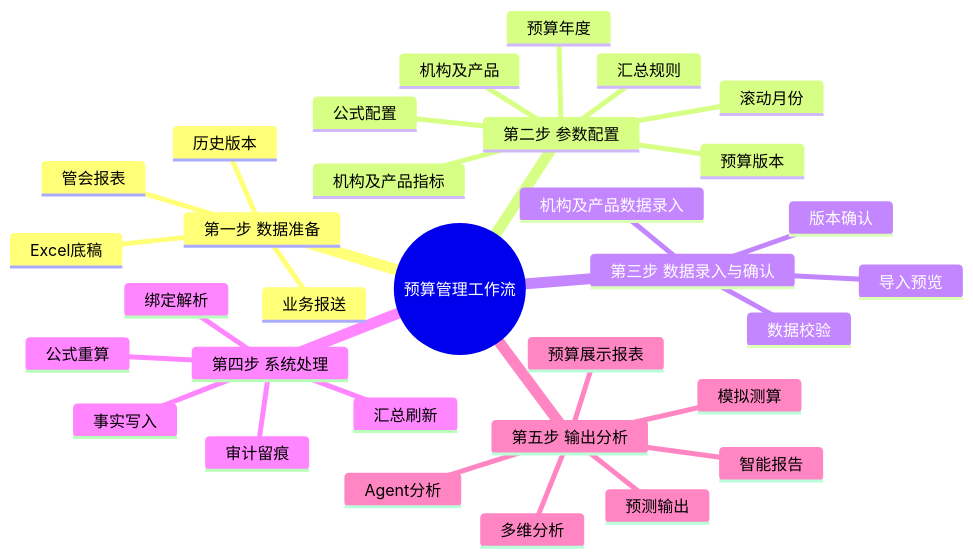
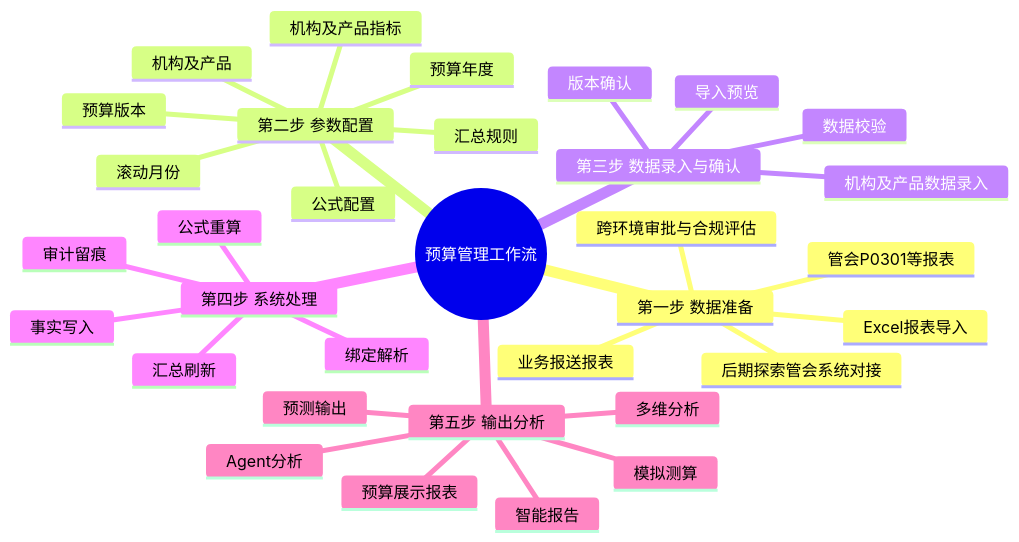
One commit to wuzhideren5-glitch/banking-budget-system-demo changed the second of 10 diagrams in docs/superpowers/specs/2026-06-12-business-framework-layered-design.md. Above: the diagram before and after it, drawn with Mermaid. The commit also changed other lines of this file and 1 other file, not shown here.

````diff
--- a/docs/superpowers/specs/2026-06-12-business-framework-layered-design.md
+++ b/docs/superpowers/specs/2026-06-12-business-framework-layered-design.md
@@ -94,35 +94,36 @@
 ```mermaid
 mindmap
   root((预算管理工作流))
     第一步 数据准备
-      管会报表
-      业务报送
-      Excel底稿
-      历史版本
+      Excel报表导入
+      业务报送报表
+      管会P0301等报表
+      后期探索管会系统对接
+      跨环境审批与合规评估
     第二步 参数配置
       预算年度
       预算版本
       滚动月份
       机构及产品
       机构及产品指标
       公式配置
       汇总规则
     第三步 数据录入与确认
       机构及产品数据录入
       导入预览
       数据校验
       版本确认
     第四步 系统处理
       绑定解析
       事实写入
       公式重算
       汇总刷新
       审计留痕
     第五步 输出分析
       预算展示报表
       预测输出
       模拟测算
       多维分析
       智能报告
       Agent分析
 ```
````
